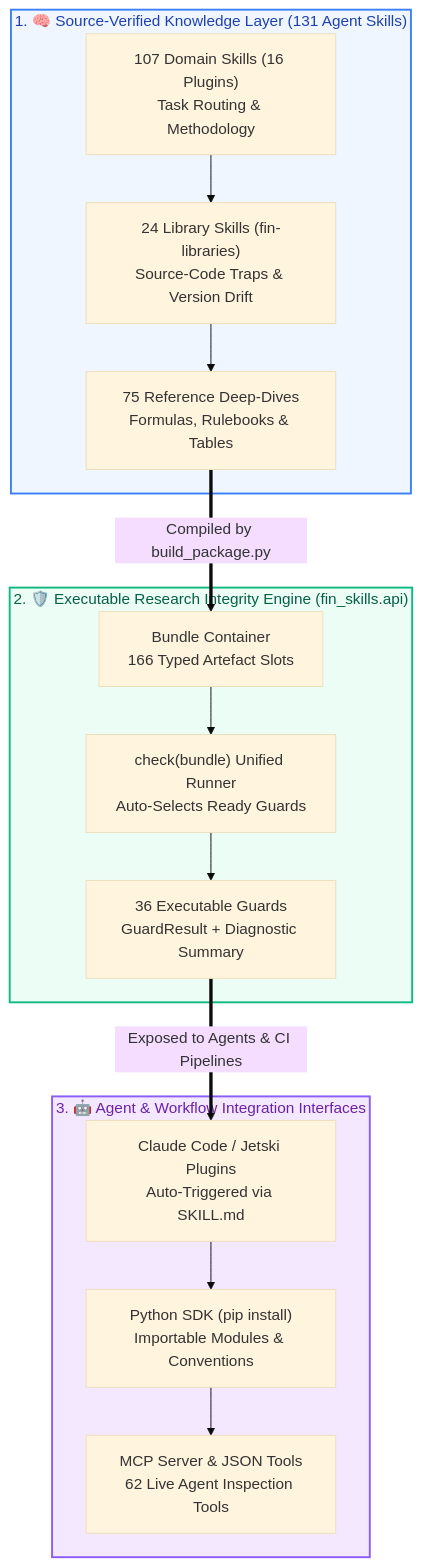
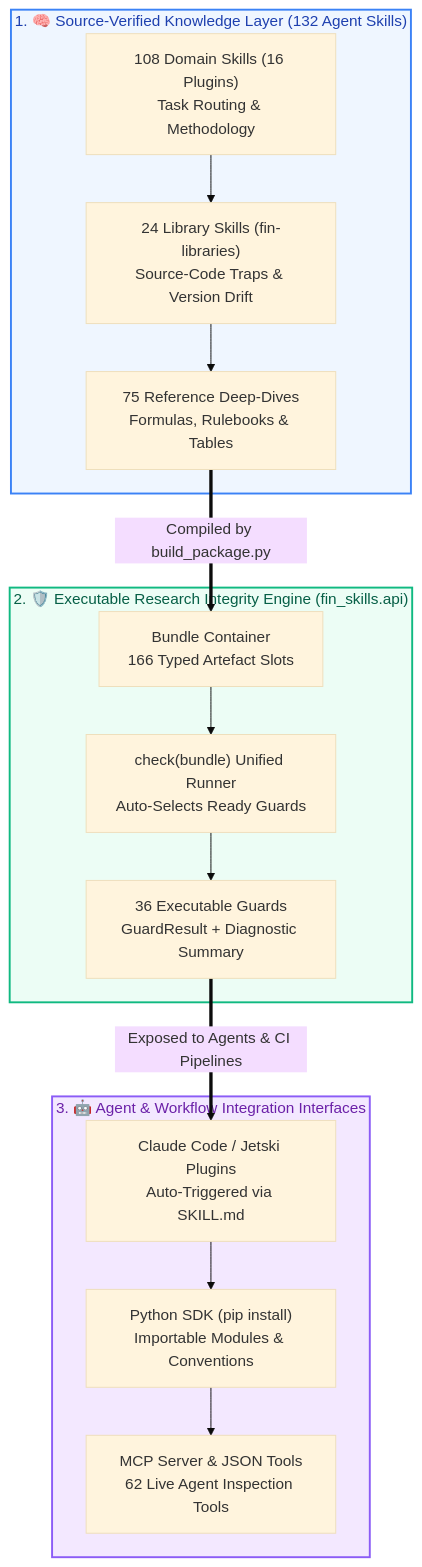
Before and after one commit to howard-lynn-ye/Fin-RSI: the diagram in README.md, drawn with Mermaid (base theme). The commit also changed other lines of this file and 24 other files, not shown here.

Commit message:
feat(fin-skills): add Skill #132 lob-liquidity-shock-shield, Guard #40, and 6-gate compiler verification

````diff
--- a/README.md
+++ b/README.md
@@ -76,21 +76,21 @@
 ```mermaid
 flowchart TD
-    subgraph TIER1 ["1. 🧠 Source-Verified Knowledge Layer (131 Agent Skills)"]
-        D1["107 Domain Skills (16 Plugins)<br/>Task Routing & Methodology"] --> D2["24 Library Skills (fin-libraries)<br/>Source-Code Traps & Version Drift"] --> D3["75 Reference Deep-Dives<br/>Formulas, Rulebooks & Tables"]
+    subgraph TIER1 ["1. 🧠 Source-Verified Knowledge Layer (132 Agent Skills)"]
+        D1["108 Domain Skills (16 Plugins)<br/>Task Routing & Methodology"] --> D2["24 Library Skills (fin-libraries)<br/>Source-Code Traps & Version Drift"] --> D3["75 Reference Deep-Dives<br/>Formulas, Rulebooks & Tables"]
     end
 
     subgraph TIER2 ["2. 🛡️ Executable Research Integrity Engine (fin_skills.api)"]
         E1["Bundle Container<br/>166 Typed Artefact Slots"] --> E2["check(bundle) Unified Runner<br/>Auto-Selects Ready Guards"] --> E3["36 Executable Guards<br/>GuardResult + Diagnostic Summary"]
     end
 
     subgraph TIER3 ["3. 🤖 Agent & Workflow Integration Interfaces"]
         I1["Claude Code / Jetski Plugins<br/>Auto-Triggered via SKILL.md"] --> I2["Python SDK (pip install)<br/>Importable Modules & Conventions"] --> I3["MCP Server & JSON Tools<br/>62 Live Agent Inspection Tools"]
     end
 
     D3 ==>|Compiled by build_package.py| E1
     E3 ==>|Exposed to Agents & CI Pipelines| I1
 
     style TIER1 fill:#eff6ff,stroke:#3b82f6,stroke-width:2px,color:#1e40af
     style TIER2 fill:#ecfdf5,stroke:#10b981,stroke-width:2px,color:#065f46
     style TIER3 fill:#f3e8ff,stroke:#8b5cf6,stroke-width:2px,color:#6b21a8
 ```
````
